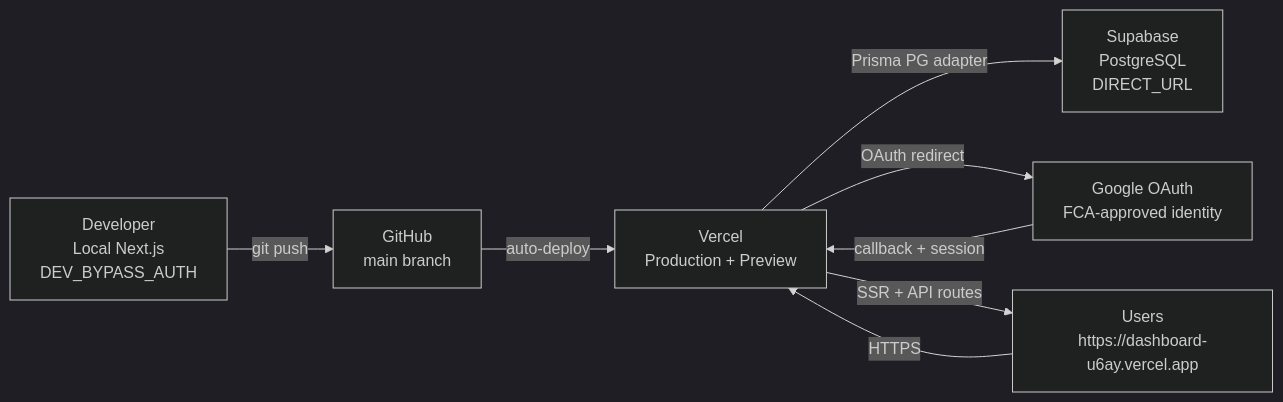
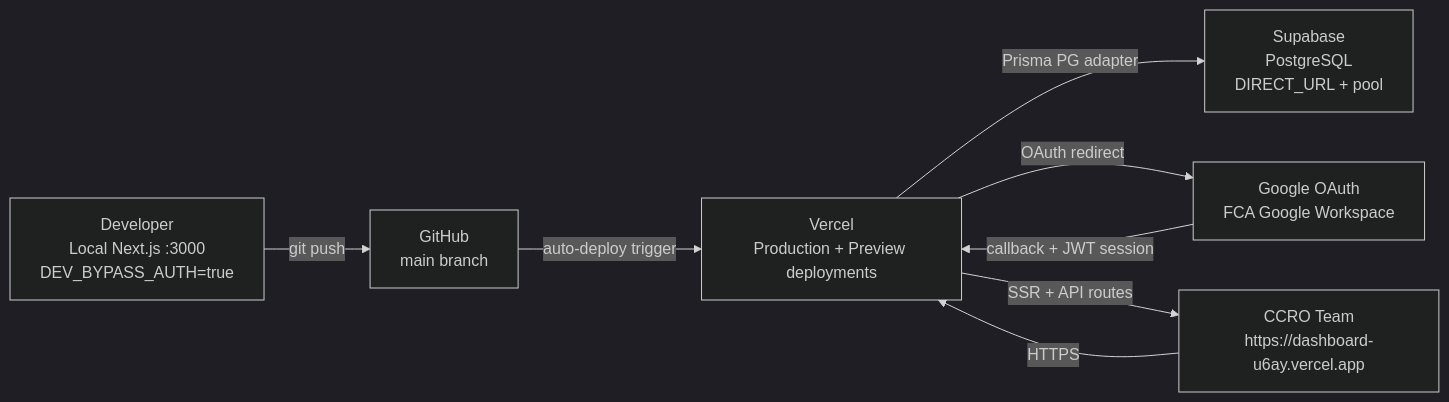
The fifth of 8 diagrams in .planning/2. Arcitecture.md (rob-collab/Dashboard), drawn with Mermaid (dark theme) before and after one commit. The commit also changed other lines of this file and 10 other files, not shown here.

First line of the commit message:
Update .planning/ folder: module reference, architecture, methodology, requirements

````diff
--- a/.planning/2. Arcitecture.md
+++ b/.planning/2. Arcitecture.md
@@ -198,17 +225,17 @@
 ```mermaid
 graph LR
-    DEV[Developer\nLocal Next.js\nDEV_BYPASS_AUTH]
+    DEV[Developer\nLocal Next.js :3000\nDEV_BYPASS_AUTH=true]
     GH[GitHub\nmain branch]
-    VE[Vercel\nProduction + Preview]
-    SB[Supabase\nPostgreSQL\nDIRECT_URL]
-    USERS[Users\nhttps://dashboard-u6ay.vercel.app]
-    GO[Google OAuth\nFCA-approved identity]
+    VE[Vercel\nProduction + Preview deployments]
+    SB[Supabase\nPostgreSQL\nDIRECT_URL + pool]
+    USERS[CCRO Team\nhttps://dashboard-u6ay.vercel.app]
+    GO[Google OAuth\nFCA Google Workspace]
 
     DEV -->|git push| GH
-    GH -->|auto-deploy| VE
+    GH -->|auto-deploy trigger| VE
     VE -->|Prisma PG adapter| SB
     VE -->|OAuth redirect| GO
-    GO -->|callback + session| VE
+    GO -->|callback + JWT session| VE
     USERS -->|HTTPS| VE
     VE -->|SSR + API routes| USERS
 ```
````
